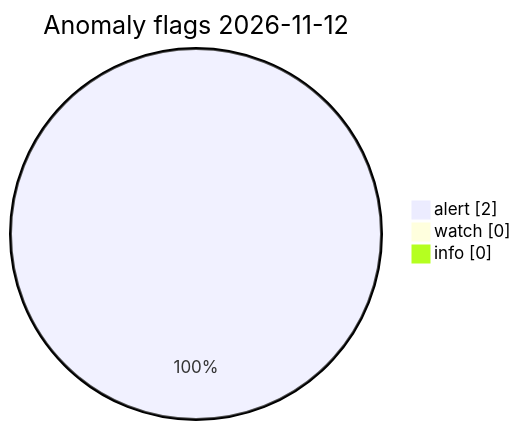
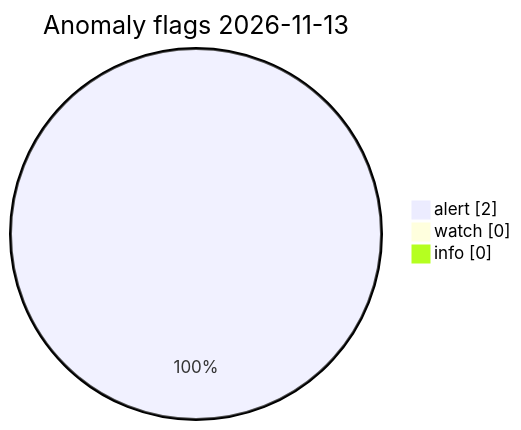
Before and after one commit to Midwest-Stratospheric/Unified-Open-Global-Weather: the diagram in visuals/latest/CHARTS.md, drawn with Mermaid. The commit also changed other lines of this file and 23 other files, not shown here.

Commit message:
data(visuals): automated charts 2026-11-13T12:49Z

````diff
--- a/visuals/latest/CHARTS.md
+++ b/visuals/latest/CHARTS.md
@@ -73,7 +73,7 @@
 ```mermaid
 pie showData
-  title Anomaly flags 2026-11-12
+  title Anomaly flags 2026-11-13
   "alert" : 2
   "watch" : 0
   "info" : 0
 ```
````
